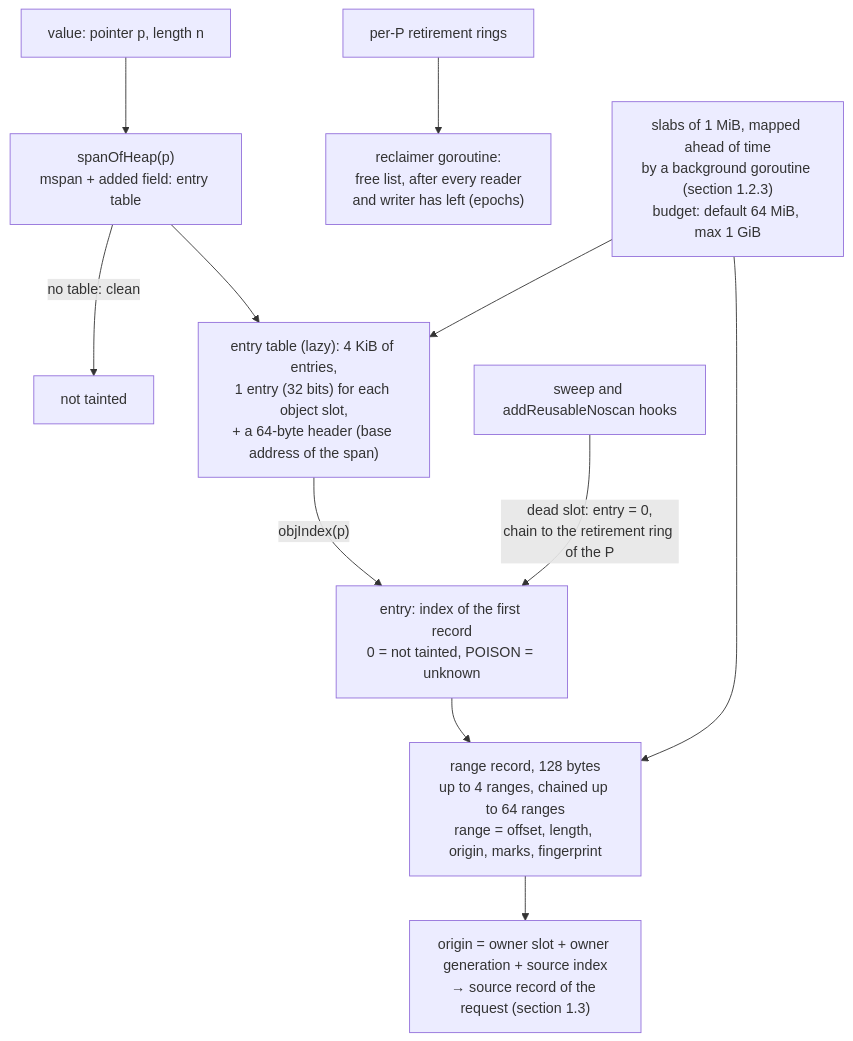
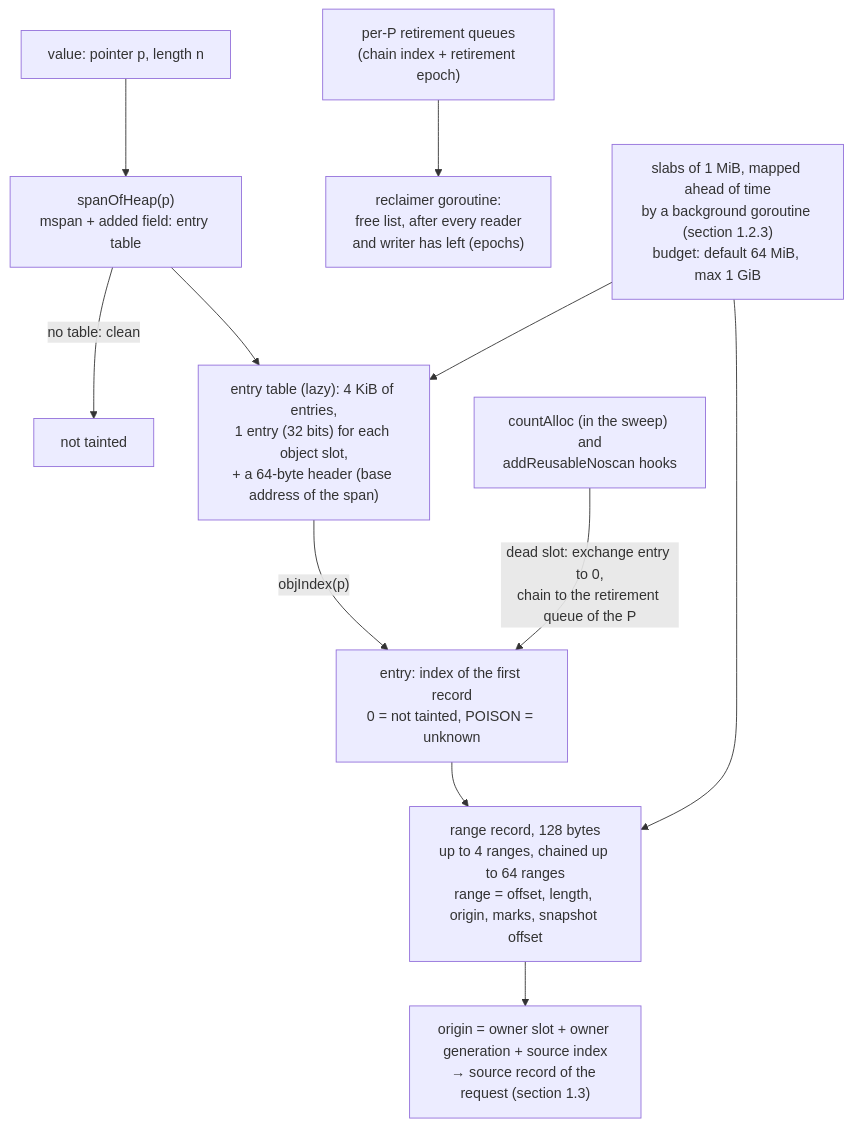
One commit to DataDog/dd-iast-go changed the second of 7 diagrams in _docs/design/taint-tracking-v0.md. Above: the diagram before and after it, drawn with Mermaid. The commit also changed other lines of this file, not shown here.

````diff
--- a/_docs/design/taint-tracking-v0.md
+++ b/_docs/design/taint-tracking-v0.md
@@ -163,13 +164,13 @@
 ```mermaid
 flowchart TB
   P["value: pointer p, length n"] --> SP["spanOfHeap(p)<br/>mspan + added field: entry table"]
   SP -- "no table: clean" --> CLEAN["not tainted"]
   SP --> ET["entry table (lazy): 4 KiB of entries,<br/>1 entry (32 bits) for each object slot,<br/>+ a 64-byte header (base address of the span)"]
   ET -- "objIndex(p)" --> E["entry: index of the first record<br/>0 = not tainted, POISON = unknown"]
-  E --> R["range record, 128 bytes<br/>up to 4 ranges, chained up to 64 ranges<br/>range = offset, length, origin, marks, fingerprint"]
+  E --> R["range record, 128 bytes<br/>up to 4 ranges, chained up to 64 ranges<br/>range = offset, length, origin, marks, snapshot offset"]
   R --> O["origin = owner slot + owner generation + source index<br/>→ source record of the request (section 1.3)"]
-  SW["sweep and addReusableNoscan hooks"] -- "dead slot: entry = 0,<br/>chain to the retirement ring of the P" --> E
-  RING["per-P retirement rings"] --> RC["reclaimer goroutine:<br/>free list, after every reader<br/>and writer has left (epochs)"]
+  SW["countAlloc (in the sweep) and<br/>addReusableNoscan hooks"] -- "dead slot: exchange entry to 0,<br/>chain to the retirement queue of the P" --> E
+  RING["per-P retirement queues<br/>(chain index + retirement epoch)"] --> RC["reclaimer goroutine:<br/>free list, after every reader<br/>and writer has left (epochs)"]
   SLAB["slabs of 1 MiB, mapped ahead of time<br/>by a background goroutine (section 1.2.3)<br/>budget: default 64 MiB, max 1 GiB"] --> ET
   SLAB --> R
 ```
````
